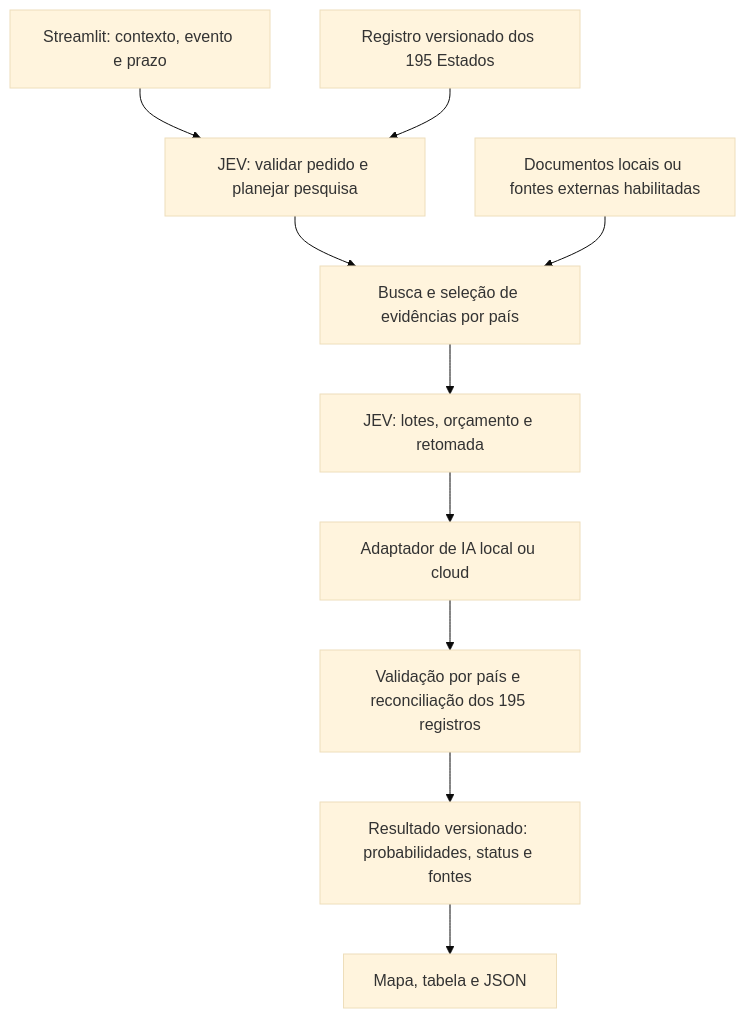
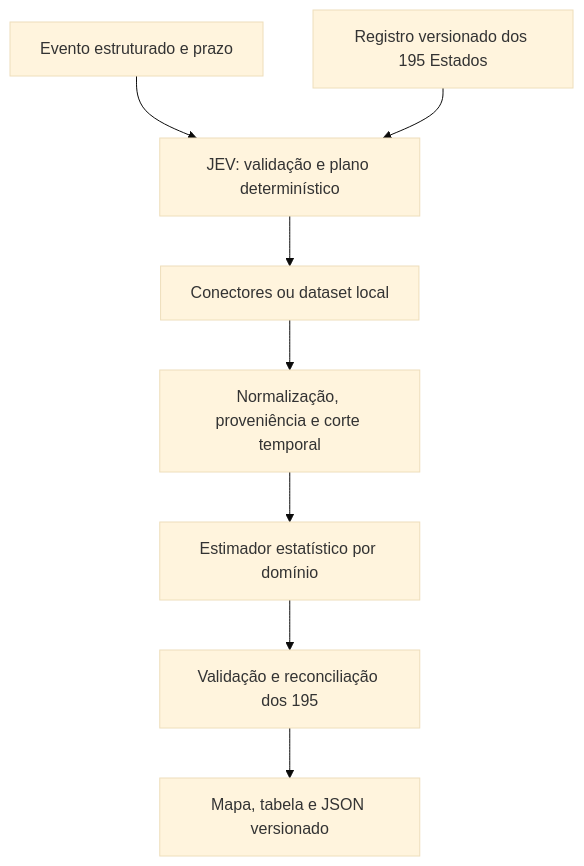
One commit to felpzw/jev-global-heatmap changed the diagram in ARCHITECTURE.md. Above: the diagram before and after it, drawn with Mermaid (base theme). The commit also changed other lines of this file and 18 other files, not shown here.

````diff
--- a/ARCHITECTURE.md
+++ b/ARCHITECTURE.md
@@ -140,12 +9,10 @@
 ```mermaid
 flowchart TD
-    UI[Streamlit: contexto, evento e prazo] --> J[JEV: validar pedido e planejar pesquisa]
+    U[Evento estruturado e prazo] --> J[JEV: validação e plano determinístico]
     R[Registro versionado dos 195 Estados] --> J
-    J --> E[Busca e seleção de evidências por país]
-    L[Documentos locais ou fontes externas habilitadas] --> E
-    E --> B[JEV: lotes, orçamento e retomada]
-    B --> P[Adaptador de IA local ou cloud]
-    P --> V[Validação por país e reconciliação dos 195 registros]
-    V --> S[Resultado versionado: probabilidades, status e fontes]
-    S --> M[Mapa, tabela e JSON]
+    J --> D[Conectores ou dataset local]
+    D --> N[Normalização, proveniência e corte temporal]
+    N --> E[Estimador estatístico por domínio]
+    E --> V[Validação e reconciliação dos 195]
+    V --> O[Mapa, tabela e JSON versionado]
 ```
````
